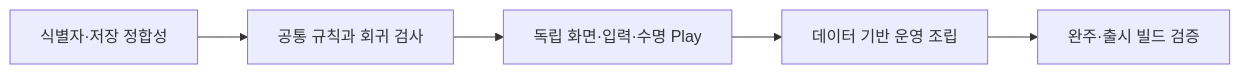
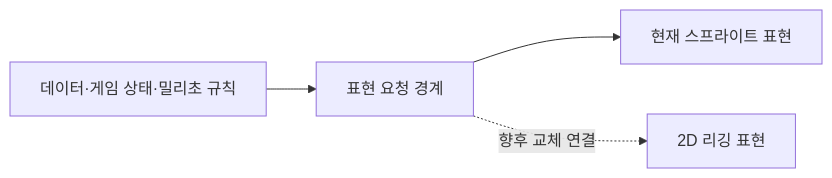
The fifth of 6 diagrams in Docs/개발자용 설계문서/설계 기준 점검과 개선 방향.md (lkhwcf-arch/Human_Ghost-), drawn with Mermaid before and after one commit. The commit also changed other lines of this file and 49 other files, not shown here.

````diff
--- a/Docs/개발자용 설계문서/설계 기준 점검과 개선 방향.md
+++ b/Docs/개발자용 설계문서/설계 기준 점검과 개선 방향.md
@@ -54,7 +139,6 @@
 ```mermaid
 flowchart LR
-    A[식별자·저장 정합성] --> B[공통 규칙과 회귀 검사]
-    B --> C[독립 화면·입력·수명 Play]
-    C --> D[데이터 기반 운영 조립]
-    D --> E[완주·출시 빌드 검증]
+    A[데이터·게임 상태·밀리초 규칙] --> B[표현 요청 경계]
+    B --> C[현재 스프라이트 표현]
+    B -.향후 교체 연결.-> D[2D 리깅 표현]
 ```
````
